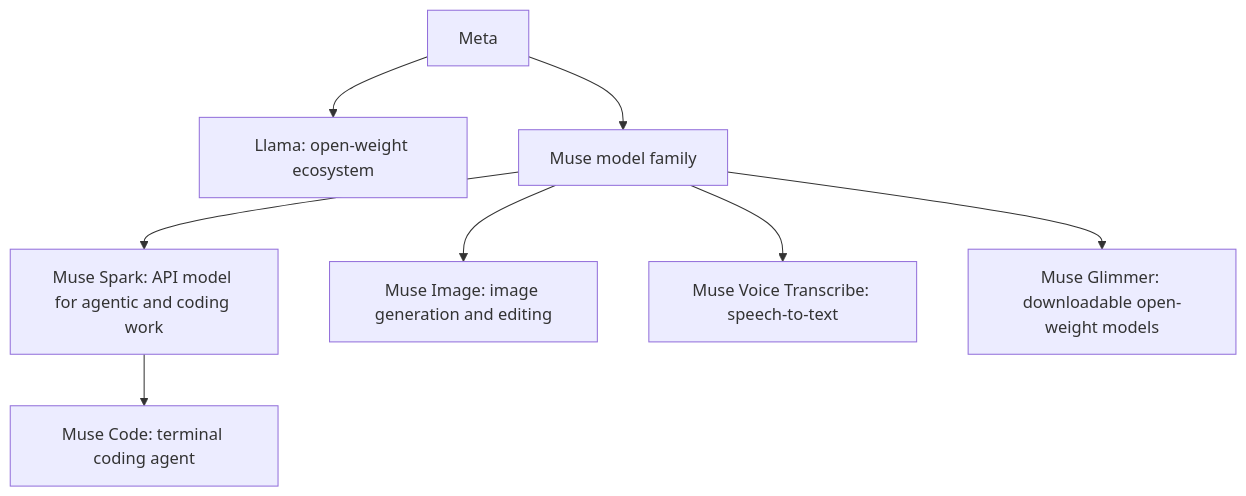
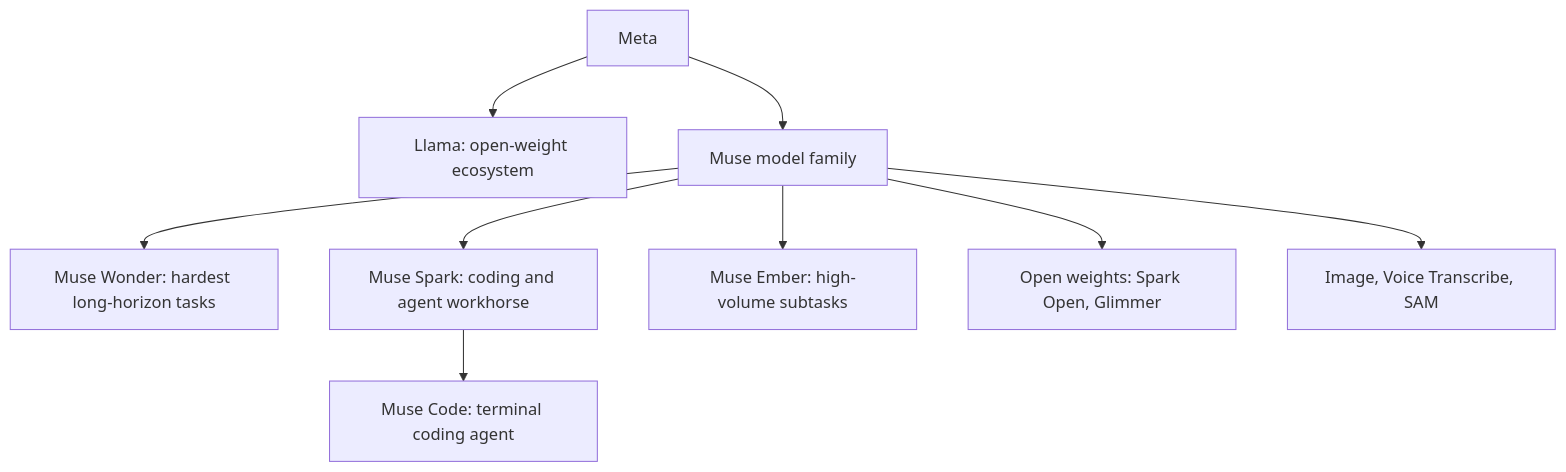
The diagram in src/content/posts/tech/2026-09-19-ai-model-family-muse-spark-en.md (vincentxuu/quidproquo), drawn with Mermaid before and after one commit. The commit also changed other lines of this file and 3 other files, not shown here.

First line of the commit message:
post(tech): update Muse 家族補 Wonder、Ember 與 Spark Open，修正 Spark Open 模型卡漏列標示義務

````diff
--- a/src/content/posts/tech/2026-09-19-ai-model-family-muse-spark-en.md
+++ b/src/content/posts/tech/2026-09-19-ai-model-family-muse-spark-en.md
@@ -48,10 +55,11 @@
 ```mermaid
 flowchart TD
   Meta[Meta] --> Llama[Llama: open-weight ecosystem]
   Meta --> Muse[Muse model family]
-  Muse --> Spark[Muse Spark: API model for agentic and coding work]
-  Muse --> Image[Muse Image: image generation and editing]
-  Muse --> Voice[Muse Voice Transcribe: speech-to-text]
-  Muse --> Glimmer[Muse Glimmer: downloadable open-weight models]
+  Muse --> Wonder[Muse Wonder: hardest long-horizon tasks]
+  Muse --> Spark[Muse Spark: coding and agent workhorse]
+  Muse --> Ember[Muse Ember: high-volume subtasks]
+  Muse --> Open[Open weights: Spark Open, Glimmer]
+  Muse --> Media[Image, Voice Transcribe, SAM]
   Spark --> Code[Muse Code: terminal coding agent]
 ```
````
